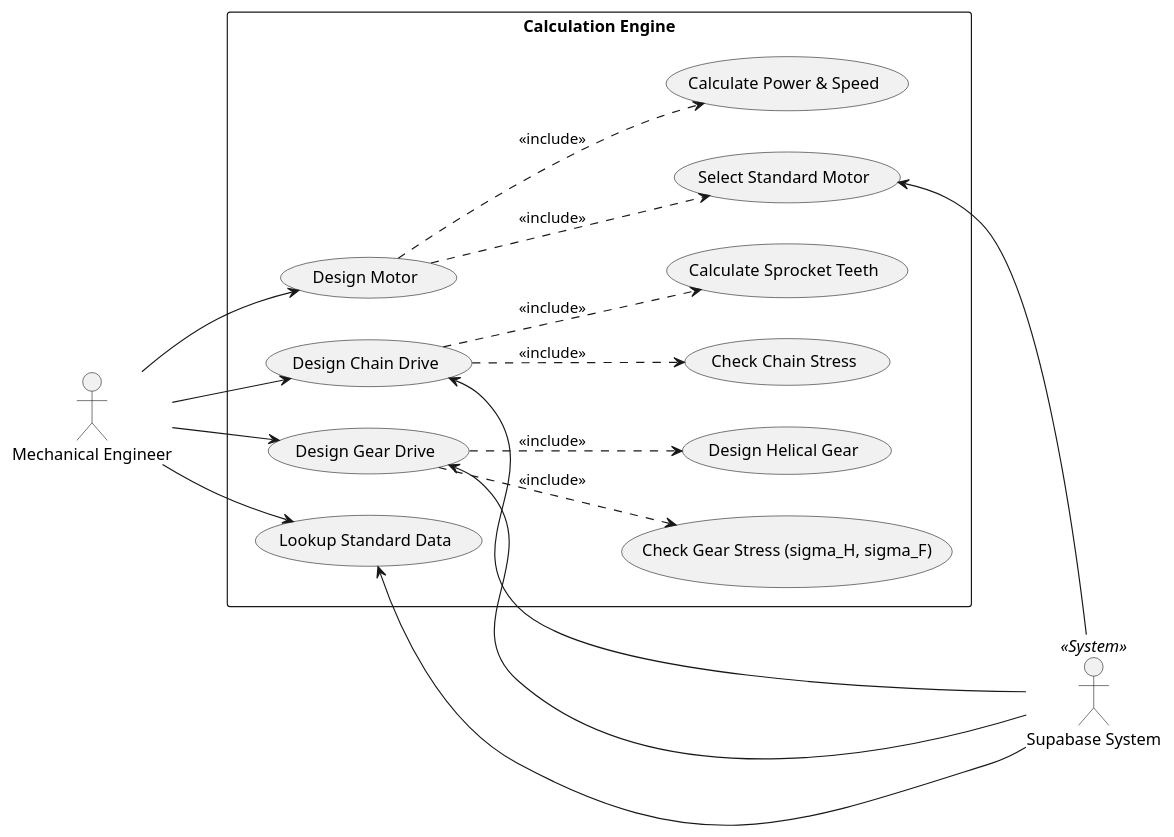
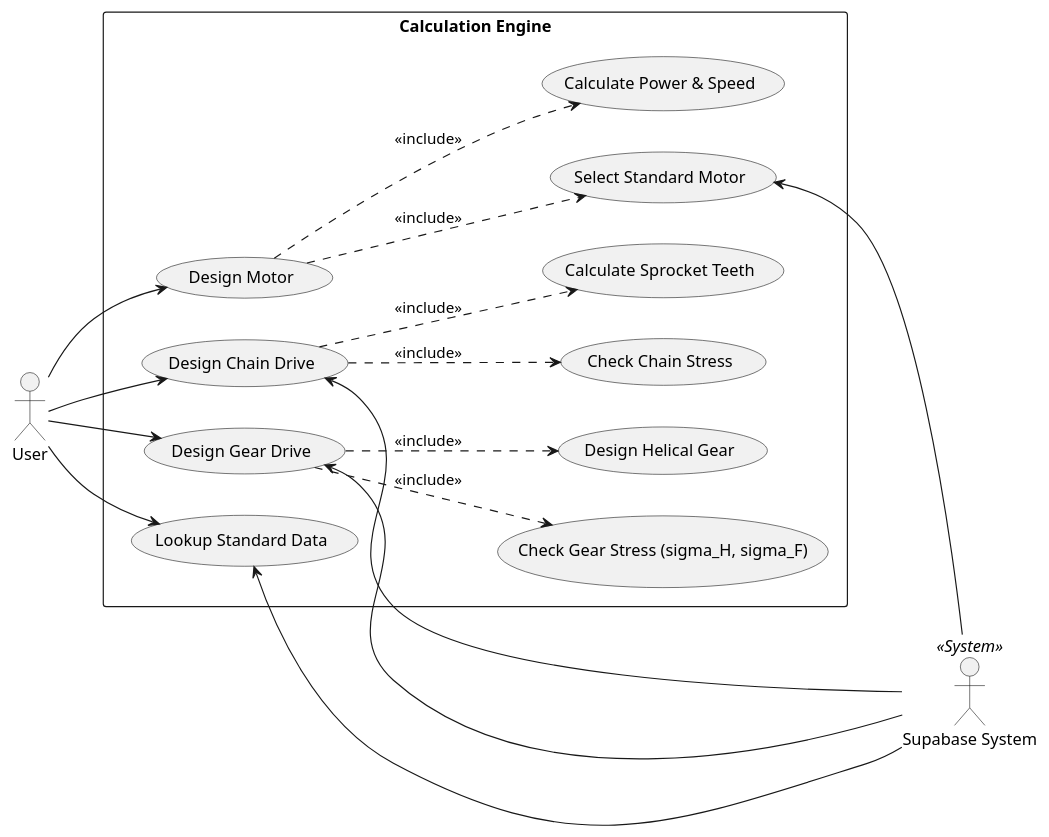
One commit to dvydinh/mechdrive changed the diagram in docs/uml/uc_calc.puml. Above: the diagram before and after it, drawn with PlantUML. The commit also changed 4 other files, not shown here.

```diff
--- a/docs/uml/uc_calc.puml
+++ b/docs/uml/uc_calc.puml
@@ -1,43 +1,43 @@
 @startuml
 left to right direction
 skinparam packageStyle rectangle
 
-actor "Mechanical Engineer" as eng
+actor "User" as user
 actor "Supabase System" as db << System >>
 
 package "Calculation Engine" {
   together {
     usecase "Design Motor" as UC1
     usecase "Design Chain Drive" as UC2
     usecase "Design Gear Drive" as UC3
     usecase "Lookup Standard Data" as UC5
   }
   
   usecase "Calculate Power & Speed" as UC1_1
   usecase "Select Standard Motor" as UC1_2
   usecase "Calculate Sprocket Teeth" as UC2_1
   usecase "Check Chain Stress" as UC2_2
   usecase "Design Helical Gear" as UC3_2
   usecase "Check Gear Stress (sigma_H, sigma_F)" as UC3_3
 }
 
-eng --> UC1
+user --> UC1
 UC1 ..> UC1_1 : <<include>>
 UC1 ..> UC1_2 : <<include>>
 
-eng --> UC2
+user --> UC2
 UC2 ..> UC2_1 : <<include>>
 UC2 ..> UC2_2 : <<include>>
 
-eng --> UC3
+user --> UC3
 UC3 ..> UC3_2 : <<include>>
 UC3 ..> UC3_3 : <<include>>
 
-eng --> UC5
+user --> UC5
 
 UC1_2 <-- db
 UC2 <-- db
 UC3 <-- db
 UC5 <-- db
 
 @enduml
```
